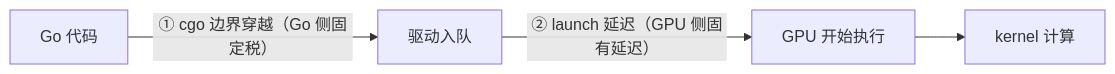
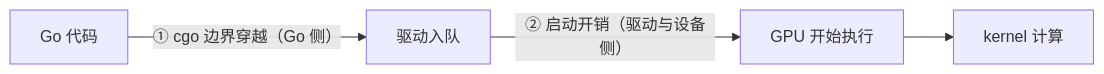
One commit to golang-design/under-the-hood changed the second of 3 diagrams in book/zh-cn/part6hetero/ch18gpu/boundary.md. Above: the diagram before and after it, drawn with Mermaid. The commit also changed other lines of this file and 4 other files, not shown here.

````diff
--- a/book/zh-cn/part6hetero/ch18gpu/boundary.md
+++ b/book/zh-cn/part6hetero/ch18gpu/boundary.md
@@ -66,6 +75,6 @@
 ```mermaid
 flowchart LR
-    A["Go 代码"] -->|"① cgo 边界穿越（Go 侧固定税）"| B["驱动入队"]
-    B -->|"② launch 延迟（GPU 侧固有延迟）"| C["GPU 开始执行"]
+    A["Go 代码"] -->|"① cgo 边界穿越（Go 侧）"| B["驱动入队"]
+    B -->|"② 启动开销（驱动与设备侧）"| C["GPU 开始执行"]
     C --> D["kernel 计算"]
 ```
````
